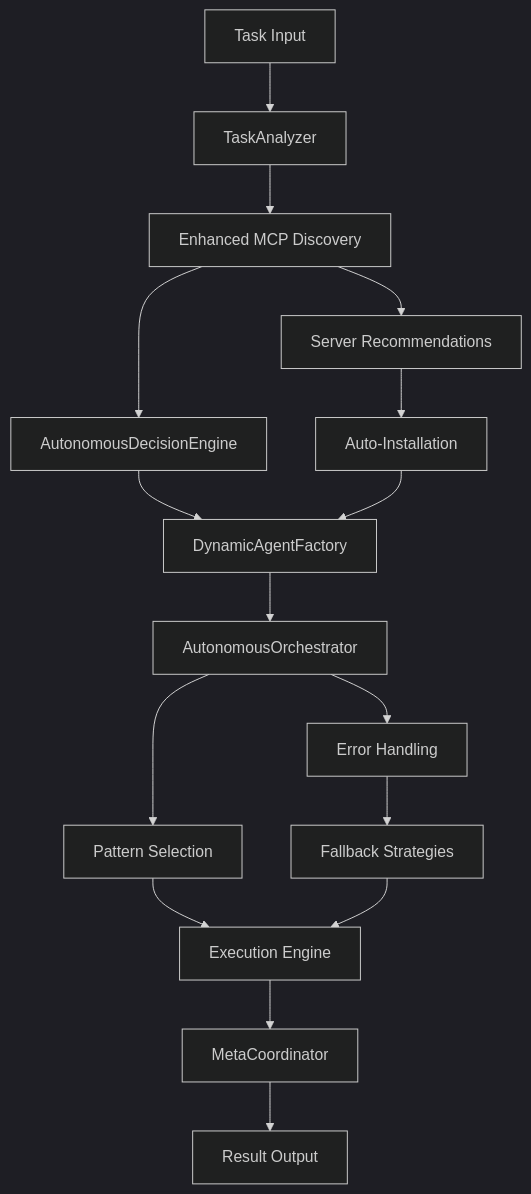
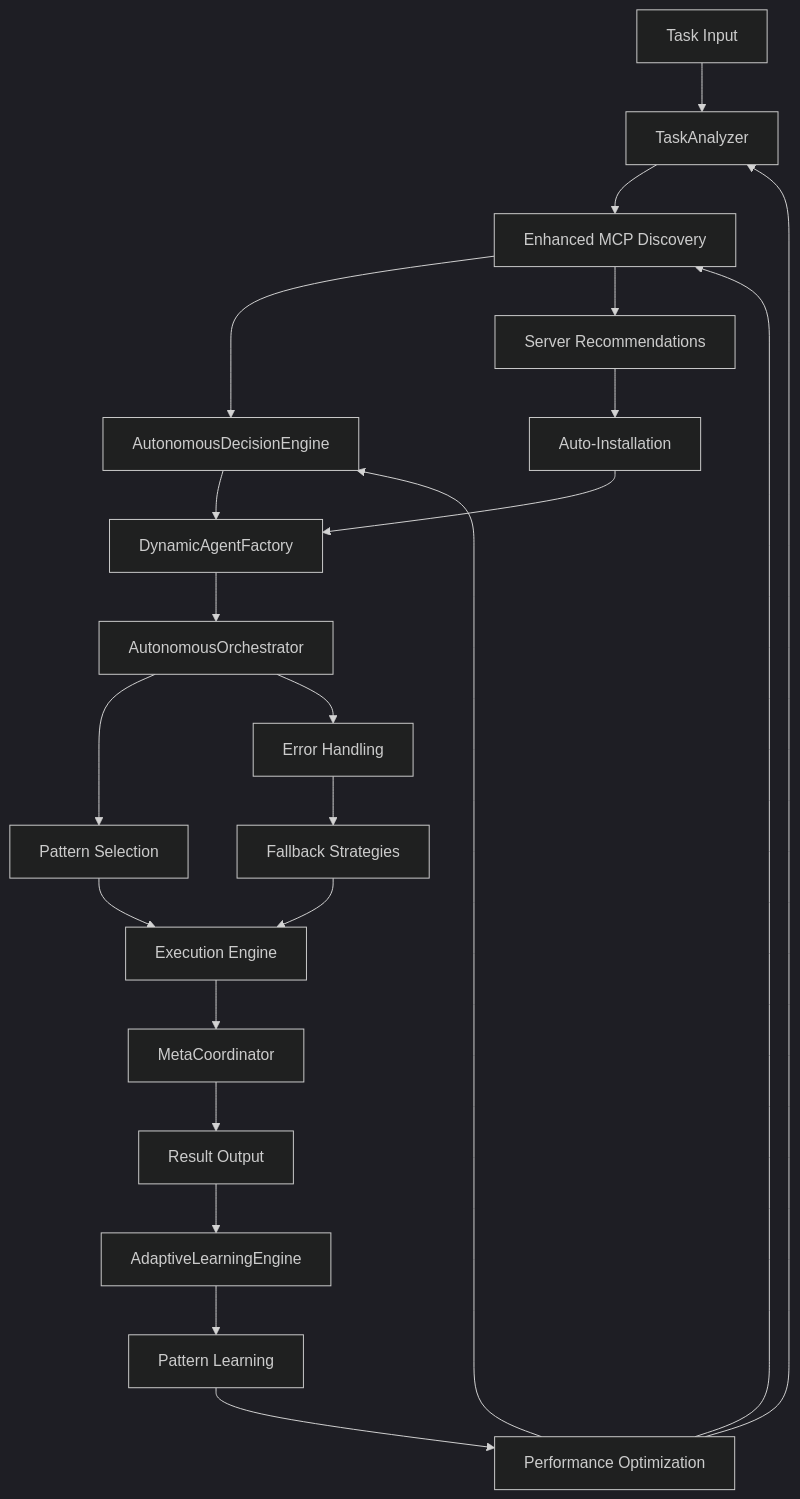
The diagram in PROJECT_PLAN.md (joelfuller2016/mcp-agent), drawn with Mermaid (dark theme) before and after one commit. The commit also changed other lines of this file, not shown here.

First line of the commit message:
Update PROJECT_PLAN.md: Phase 3.1 Learning Mechanisms - Task 1 Complete

````diff
--- a/PROJECT_PLAN.md
+++ b/PROJECT_PLAN.md
@@ -151,20 +180,28 @@
 ```mermaid
 graph TD
     A[Task Input] --> B[TaskAnalyzer]
     B --> C[Enhanced MCP Discovery]
     C --> D[AutonomousDecisionEngine]
     D --> E[DynamicAgentFactory]
     E --> F[AutonomousOrchestrator]
     F --> G[Pattern Selection]
     G --> H[Execution Engine]
     H --> I[MetaCoordinator]
     I --> J[Result Output]
     
     C --> K[Server Recommendations]
     K --> L[Auto-Installation]
     L --> E
     
     F --> M[Error Handling]
     M --> N[Fallback Strategies]
     N --> H
+    
+    %% NEW Learning Integration
+    J --> O[AdaptiveLearningEngine]
+    O --> P[Pattern Learning]
+    P --> Q[Performance Optimization]
+    Q --> B
+    Q --> D
+    Q --> C
 ```
````
